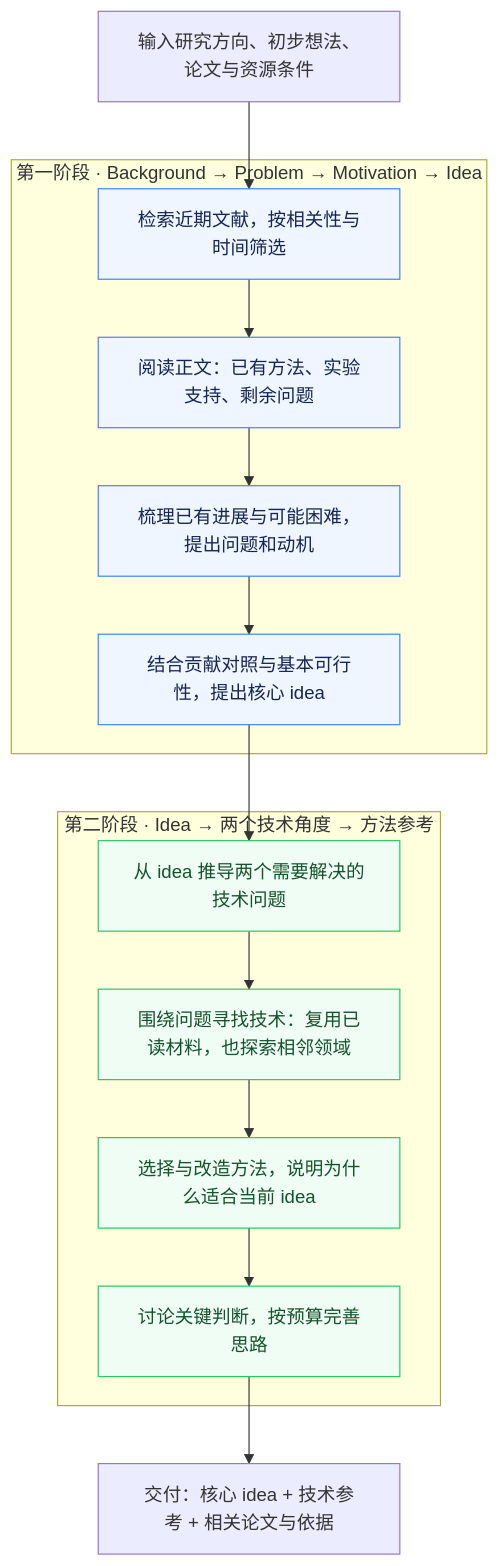
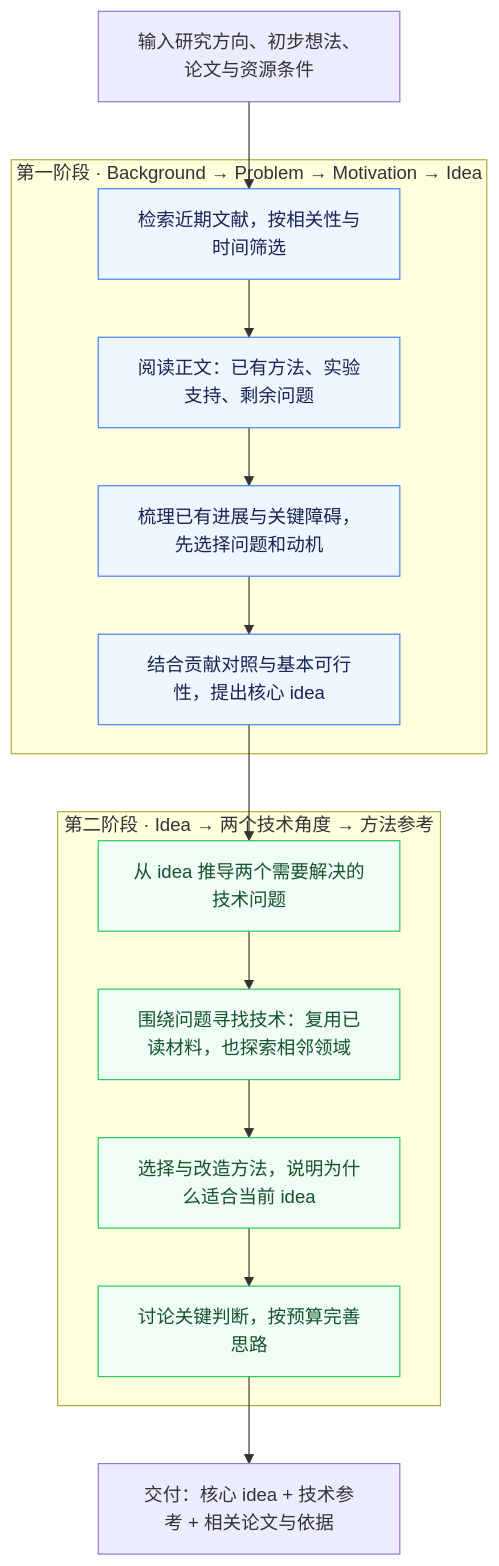
The diagram in README.md (ghh1125/Research-idea), drawn with Mermaid before and after one commit. The commit also changed other lines of this file and 15 other files, not shown here.

````diff
--- a/README.md
+++ b/README.md
@@ -35,26 +35,26 @@
 ```mermaid
 flowchart TD
     U["输入研究方向、初步想法、论文与资源条件"]
     subgraph S1["第一阶段 · Background → Problem → Motivation → Idea"]
         A["检索近期文献，按相关性与时间筛选"]
         B["阅读正文：已有方法、实验支持、剩余问题"]
-        C["梳理已有进展与可能困难，提出问题和动机"]
+        C["梳理已有进展与关键障碍，先选择问题和动机"]
         D["结合贡献对照与基本可行性，提出核心 idea"]
         A --> B --> C --> D
     end
     subgraph S2["第二阶段 · Idea → 两个技术角度 → 方法参考"]
         E["从 idea 推导两个需要解决的技术问题"]
         F["围绕问题寻找技术：复用已读材料，也探索相邻领域"]
         G["选择与改造方法，说明为什么适合当前 idea"]
         H["讨论关键判断，按预算完善思路"]
         E --> F --> G --> H
     end
     O["交付：核心 idea + 技术参考 + 相关论文与依据"]
     U --> A
     D --> E
     H --> O
     classDef concept fill:#eff6ff,stroke:#3b82f6,color:#172554
     classDef design fill:#f0fdf4,stroke:#22c55e,color:#14532d
     class A,B,C,D concept
     class E,F,G,H design
 ```
````
